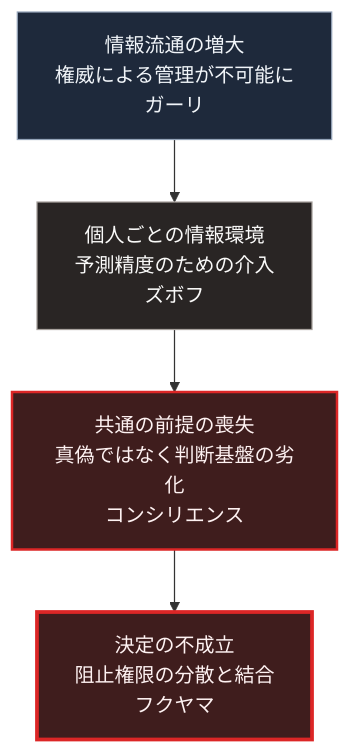
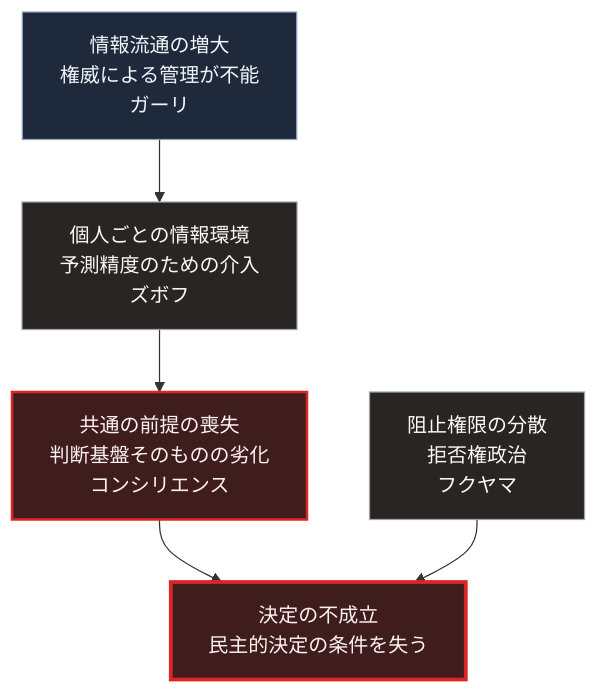
The diagram in books/sovereign-resilience-blueprint/30_epistemic-crisis-consensus-collapse.md (Takenori-Kusaka/zenn-content), drawn with Mermaid before and after one commit. The commit also changed other lines of this file and 114 other files, not shown here.

````diff
--- a/books/sovereign-resilience-blueprint/30_epistemic-crisis-consensus-collapse.md
+++ b/books/sovereign-resilience-blueprint/30_epistemic-crisis-consensus-collapse.md
@@ -53,12 +53,15 @@
 ```mermaid
 flowchart TD
-    A[情報流通の増大<br>権威による管理が不可能に<br>ガーリ]
+    A[情報流通の増大<br>権威による管理が不能<br>ガーリ]
     A --> B[個人ごとの情報環境<br>予測精度のための介入<br>ズボフ]
-    B --> C[共通の前提の喪失<br>真偽ではなく判断基盤の劣化<br>コンシリエンス]
-    C --> D[決定の不成立<br>阻止権限の分散と結合<br>フクヤマ]
+    B --> C[共通の前提の喪失<br>判断基盤そのものの劣化<br>コンシリエンス]
+    F[阻止権限の分散<br>拒否権政治<br>フクヤマ]
+    C --> D[決定の不成立<br>民主的決定の条件を失う]
+    F --> D
 
     style A fill:#1e293b,stroke:#94a3b8,color:#f1f5f9
     style B fill:#292524,stroke:#a8a29e,color:#fafaf9
     style C fill:#3f1d1d,stroke:#dc2626,stroke-width:2px,color:#fef2f2
+    style F fill:#292524,stroke:#a8a29e,color:#fafaf9
     style D fill:#3f1d1d,stroke:#dc2626,stroke-width:3px,color:#fef2f2
 ```
````
